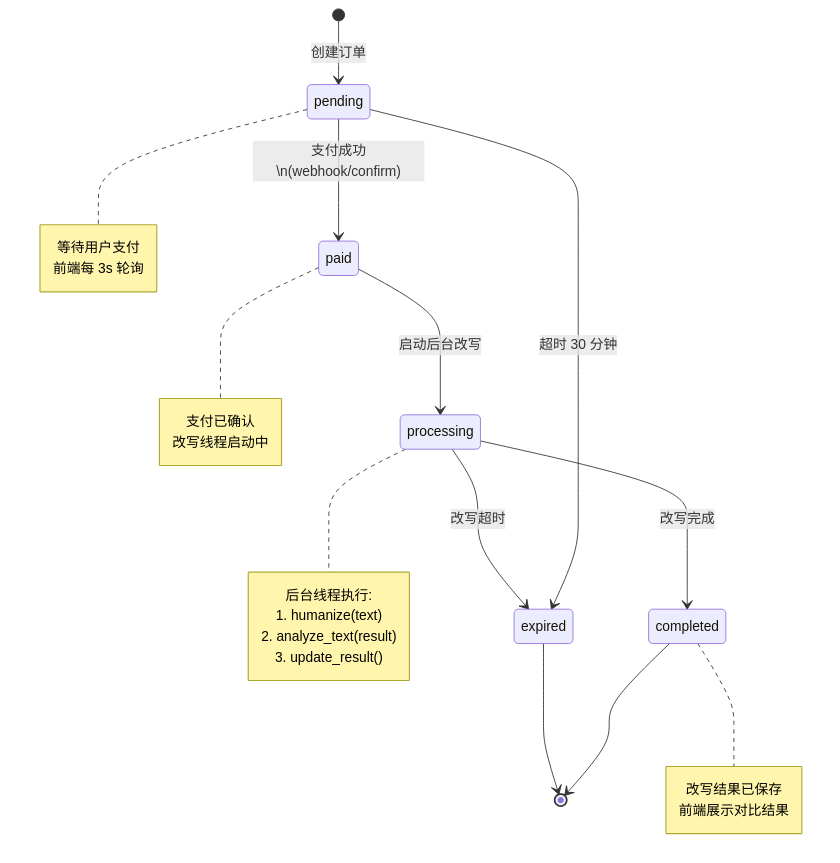
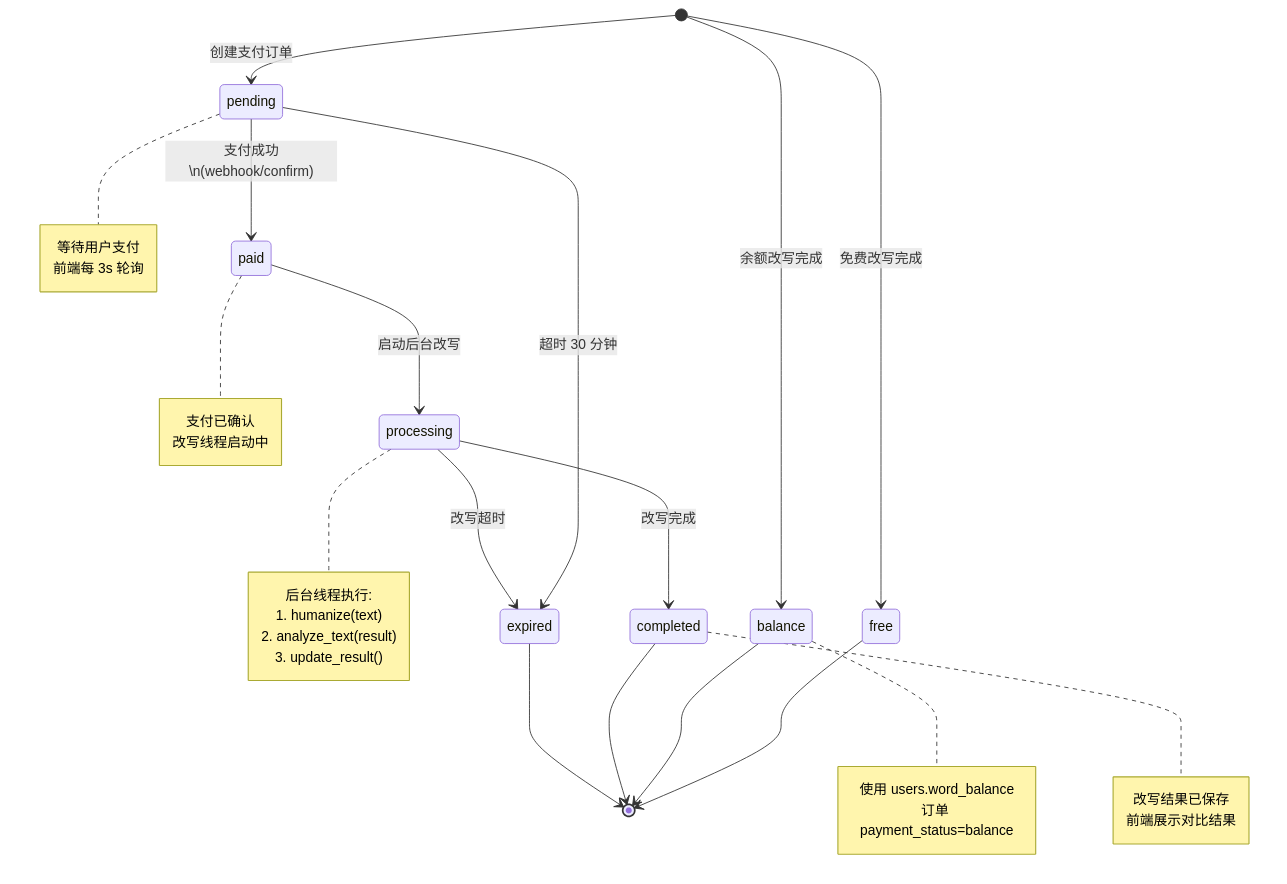
One commit to ipengai/aigc-humanizer-en changed diagram 12 of 17 in docs/TECHNICAL_ARCHITECTURE.md. Above: the diagram before and after it, drawn with Mermaid. The commit also changed other lines of this file and 24 other files, not shown here.

````diff
--- a/docs/TECHNICAL_ARCHITECTURE.md
+++ b/docs/TECHNICAL_ARCHITECTURE.md
@@ -663,33 +727,42 @@
 ```mermaid
 stateDiagram-v2
-    [*] --> pending: 创建订单
+    [*] --> free: 免费改写完成
+    [*] --> balance: 余额改写完成
+    [*] --> pending: 创建支付订单
     pending --> paid: 支付成功\n(webhook/confirm)
     pending --> expired: 超时 30 分钟
     paid --> processing: 启动后台改写
     processing --> completed: 改写完成
     processing --> expired: 改写超时
+    free --> [*]
+    balance --> [*]
     completed --> [*]
     expired --> [*]
+
+    note right of balance
+        使用 users.word_balance
+        订单 payment_status=balance
+    end note
 
     note right of pending
         等待用户支付
         前端每 3s 轮询
     end note
 
     note right of paid
         支付已确认
         改写线程启动中
     end note
 
     note right of processing
         后台线程执行:
         1. humanize(text)
         2. analyze_text(result)
         3. update_result()
     end note
 
     note right of completed
         改写结果已保存
         前端展示对比结果
     end note
 ```
````
